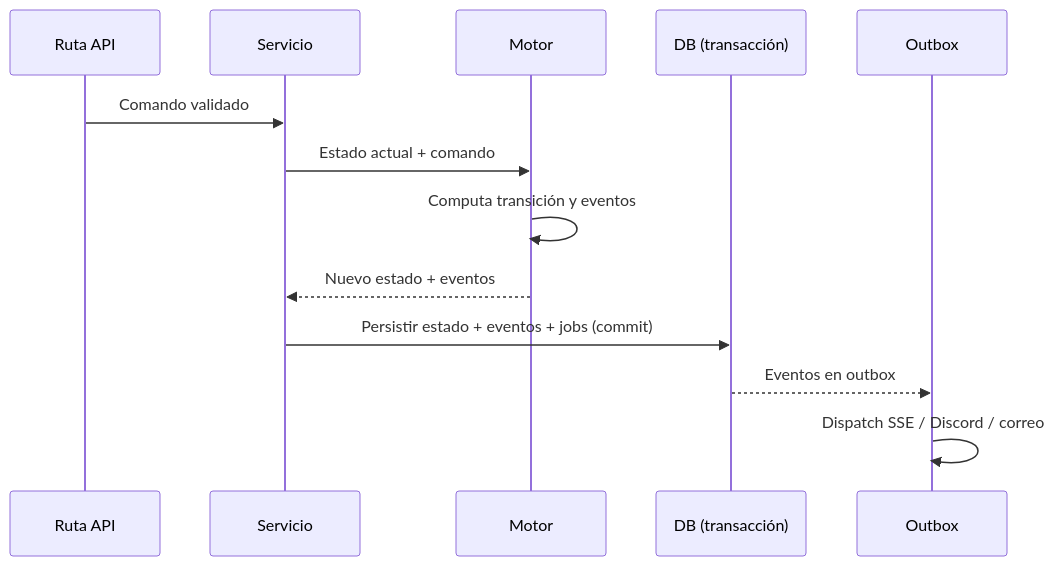
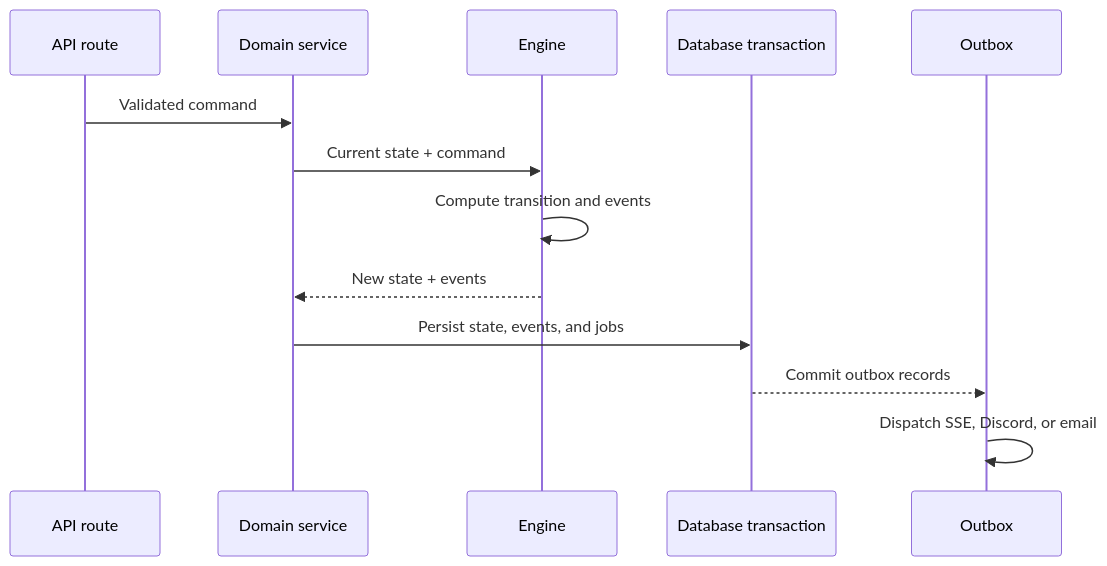
Before and after one commit to Dieguezar/opentournament: the third of 3 diagrams in docs/ARCHITECTURE.md, drawn with Mermaid. The commit also changed other lines of this file and 16 other files, not shown here.

Commit message:
docs(architecture): align English technical reference

````diff
--- a/docs/ARCHITECTURE.md
+++ b/docs/ARCHITECTURE.md
@@ -103,15 +104,15 @@
 ```mermaid
 sequenceDiagram
-  participant R as Ruta API
-  participant S as Servicio
-  participant E as Motor
-  participant D as DB (transacción)
+  participant R as API route
+  participant S as Domain service
+  participant E as Engine
+  participant D as Database transaction
   participant Q as Outbox
-  R->>S: Comando validado
-  S->>E: Estado actual + comando
-  E->>E: Computa transición y eventos
-  E-->>S: Nuevo estado + eventos
-  S->>D: Persistir estado + eventos + jobs (commit)
-  D-->>Q: Eventos en outbox
-  Q->>Q: Dispatch SSE / Discord / correo
+  R->>S: Validated command
+  S->>E: Current state + command
+  E->>E: Compute transition and events
+  E-->>S: New state + events
+  S->>D: Persist state, events, and jobs
+  D-->>Q: Commit outbox records
+  Q->>Q: Dispatch SSE, Discord, or email
 ```
````
